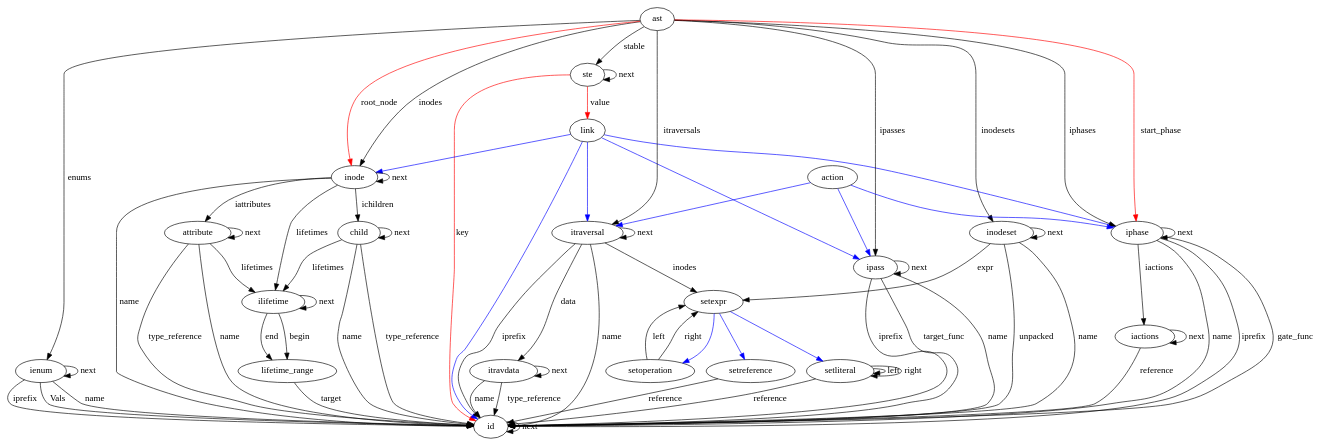
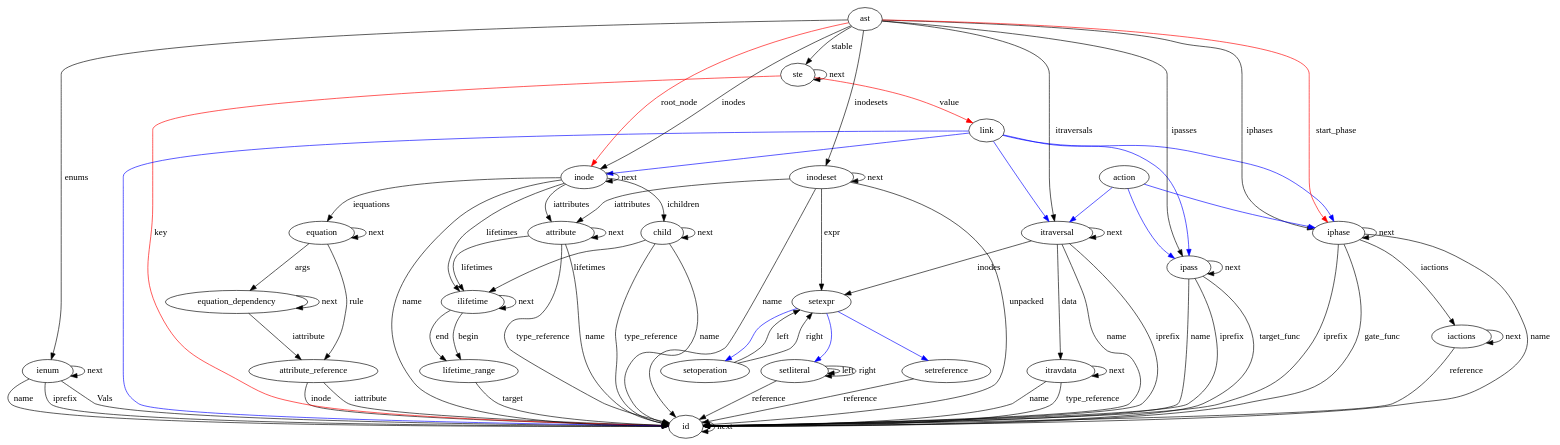
Before and after one commit to CoCoNut-UvA/coconut: the diagram in cocogen/ccngen/ast.dot, drawn with Graphviz. The commit also changed 17 other files, not shown here.

```diff
--- a/cocogen/ccngen/ast.dot
+++ b/cocogen/ccngen/ast.dot
@@ -1,97 +1,109 @@
 digraph Ast {
 id;
 id -> id[label="next"]
 ienum;
 ienum -> id[label="Vals"]
 ienum -> id[label="name"]
 ienum -> id[label="iprefix"]
 ienum -> ienum[label="next"]
+attribute_reference;
+attribute_reference -> id[label="inode"]
+attribute_reference -> id[label="iattribute"]
+equation_dependency;
+equation_dependency -> attribute_reference[label="iattribute"]
+equation_dependency -> equation_dependency[label="next"]
+equation;
+equation -> attribute_reference[label="rule"]
+equation -> equation_dependency[label="args"]
+equation -> equation[label="next"]
 attribute;
 attribute -> id[label="name"]
 attribute -> id[label="type_reference"]
 attribute -> ilifetime[label="lifetimes"]
 attribute -> attribute[label="next"]
 itravdata;
 itravdata -> id[label="name"]
 itravdata -> id[label="type_reference"]
 itravdata -> itravdata[label="next"]
 setoperation;
 setoperation -> setexpr[label="left"]
 setoperation -> setexpr[label="right"]
 setliteral;
 setliteral -> id[label="reference"]
 setliteral -> setliteral[label="left"]
 setliteral -> setliteral[label="right"]
 setreference;
 setreference -> id[label="reference"]
 ste;
 ste -> ste[label="next"]
 ste -> id[color=red, label="key"]
 ste -> link[color=red, label="value"]
 child;
 child -> id[label="name"]
 child -> ilifetime[label="lifetimes"]
 child -> child[label="next"]
 child -> id[label="type_reference"]
 lifetime_range;
 lifetime_range -> id[label="target"]
 ilifetime;
 ilifetime -> lifetime_range[label="begin"]
 ilifetime -> lifetime_range[label="end"]
 ilifetime -> ilifetime[label="next"]
 inodeset;
 inodeset -> id[label="name"]
 inodeset -> setexpr[label="expr"]
+inodeset -> attribute[label="iattributes"]
 inodeset -> id[label="unpacked"]
 inodeset -> inodeset[label="next"]
 inode;
 inode -> id[label="name"]
 inode -> inode[label="next"]
 inode -> child[label="ichildren"]
 inode -> attribute[label="iattributes"]
+inode -> equation[label="iequations"]
 inode -> ilifetime[label="lifetimes"]
 ipass;
 ipass -> id[label="name"]
 ipass -> id[label="iprefix"]
 ipass -> id[label="target_func"]
 ipass -> ipass[label="next"]
 itraversal;
 itraversal -> id[label="name"]
 itraversal -> id[label="iprefix"]
 itraversal -> setexpr[label="inodes"]
 itraversal -> itravdata[label="data"]
 itraversal -> itraversal[label="next"]
 iphase;
 iphase -> id[label="name"]
 iphase -> id[label="iprefix"]
 iphase -> id[label="gate_func"]
 iphase -> iactions[label="iactions"]
 iphase -> iphase[label="next"]
 iactions;
 iactions -> id[label="reference"]
 iactions -> iactions[label="next"]
 ast;
 ast -> iphase[label="iphases"]
 ast -> itraversal[label="itraversals"]
 ast -> ipass[label="ipasses"]
 ast -> inode[label="inodes"]
 ast -> inodeset[label="inodesets"]
 ast -> ienum[label="enums"]
 ast -> ste[label="stable"]
 ast -> inode[color=red, label="root_node"]
 ast -> iphase[color=red, label="start_phase"]
 setexpr;
 setexpr -> setoperation [color=blue]
 setexpr -> setreference [color=blue]
 setexpr -> setliteral [color=blue]
 link;
 link -> iphase [color=blue]
 link -> itraversal [color=blue]
 link -> ipass [color=blue]
 link -> inode [color=blue]
 link -> id [color=blue]
 action;
 action -> iphase [color=blue]
 action -> itraversal [color=blue]
 action -> ipass [color=blue]
 }
```
